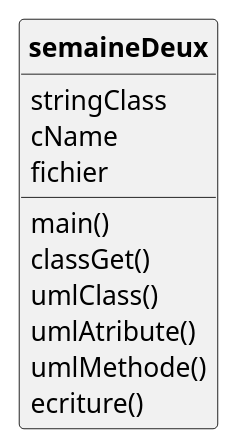
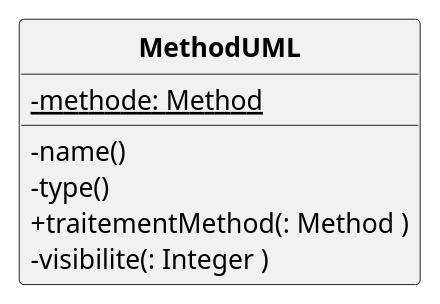
One commit to D3B1RUM4N/SAE_P21 changed the diagram in out/production/saep21/uml/classUML.puml. Above: the diagram before and after it, drawn with PlantUML. The commit also changed 18 other files, not shown here.

```diff
--- a/out/production/saep21/uml/classUML.puml
+++ b/out/production/saep21/uml/classUML.puml
@@ -1,22 +1,18 @@
 @startuml
 
 'UML GENER PAR CODE :)
 
 skinparam style strictuml
 skinparam classAttributeIconSize 0
 skinparam classFontStyle Bold
 hide empty members
 
-class semaineDeux{
-stringClass
-cName
-fichier
-main()
-classGet()
-umlClass()
-umlAtribute()
-umlMethode()
-ecriture()
+class MethodUML{
+-{static}methode: Method
+-name()
+-type()
++traitementMethod(: Method )
+-visibilite(: Integer )
 
 }
 @enduml
```
